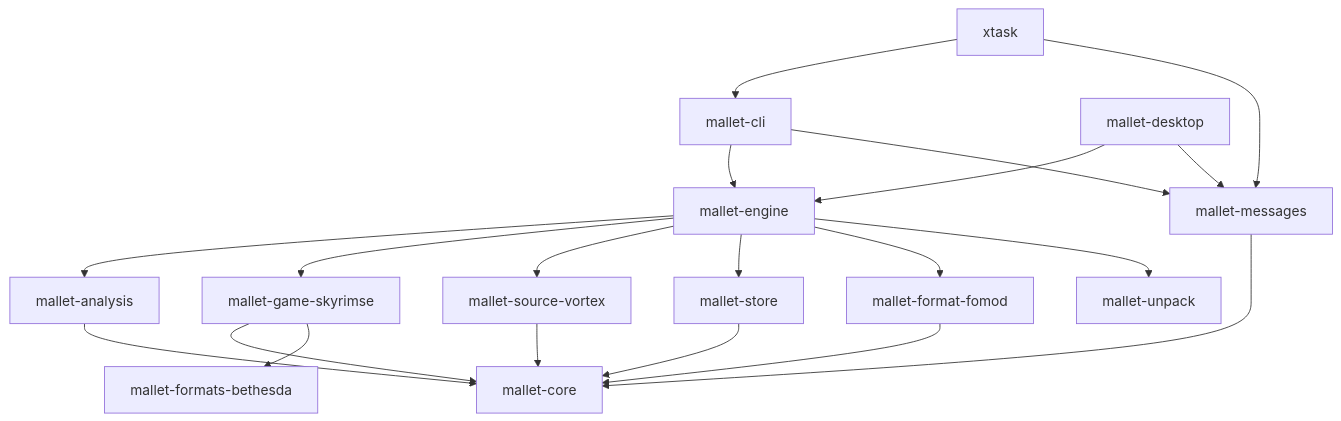
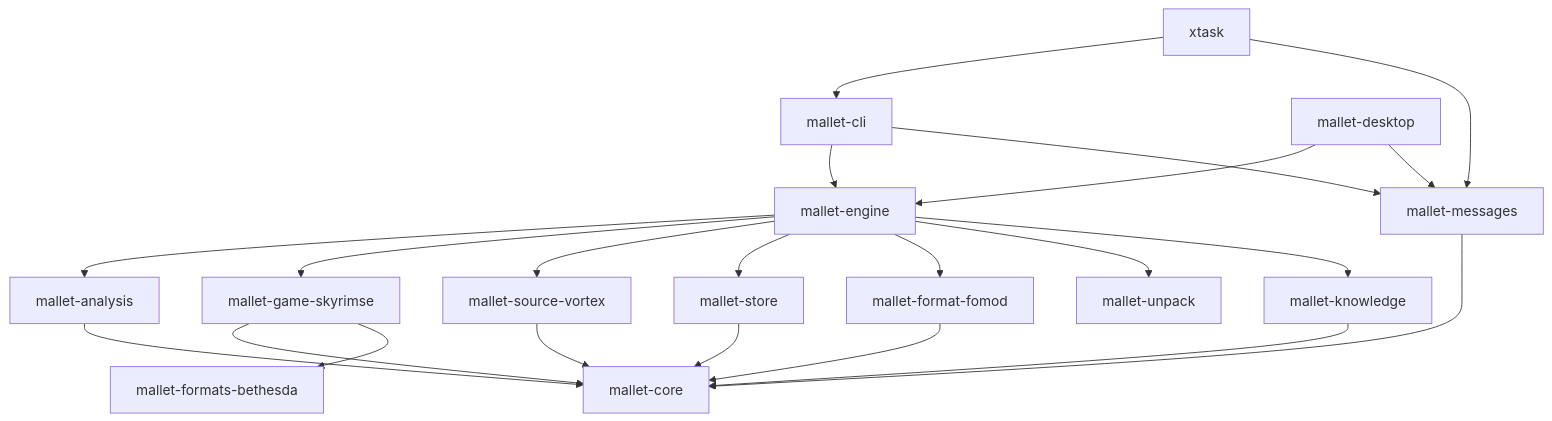
Before and after one commit to kayjix/mod-mallet: the diagram in docs/src/architecture/crates.md, drawn with Mermaid. The commit also changed other lines of this file and 37 other files, not shown here.

````diff
--- a/docs/src/architecture/crates.md
+++ b/docs/src/architecture/crates.md
@@ -7,27 +7,29 @@
 ```mermaid
 flowchart TD
     cli[mallet-cli] --> engine
     desktop[mallet-desktop] --> engine
     cli --> messages
     desktop --> messages
     xtask --> cli
     xtask --> messages
 
     engine[mallet-engine] --> analysis
     engine --> game
     engine --> vortex
     engine --> store
     engine --> fomod
     engine --> unpack
+    engine --> knowledge
 
     analysis[mallet-analysis] --> core
     game[mallet-game-skyrimse] --> core
     game --> formats[mallet-formats-bethesda]
     fomod[mallet-format-fomod] --> core
     unpack[mallet-unpack]
     vortex[mallet-source-vortex] --> core
+    knowledge[mallet-knowledge] --> core
     store[mallet-store] --> core
     messages[mallet-messages] --> core
 
     core[mallet-core]
 ```
````
